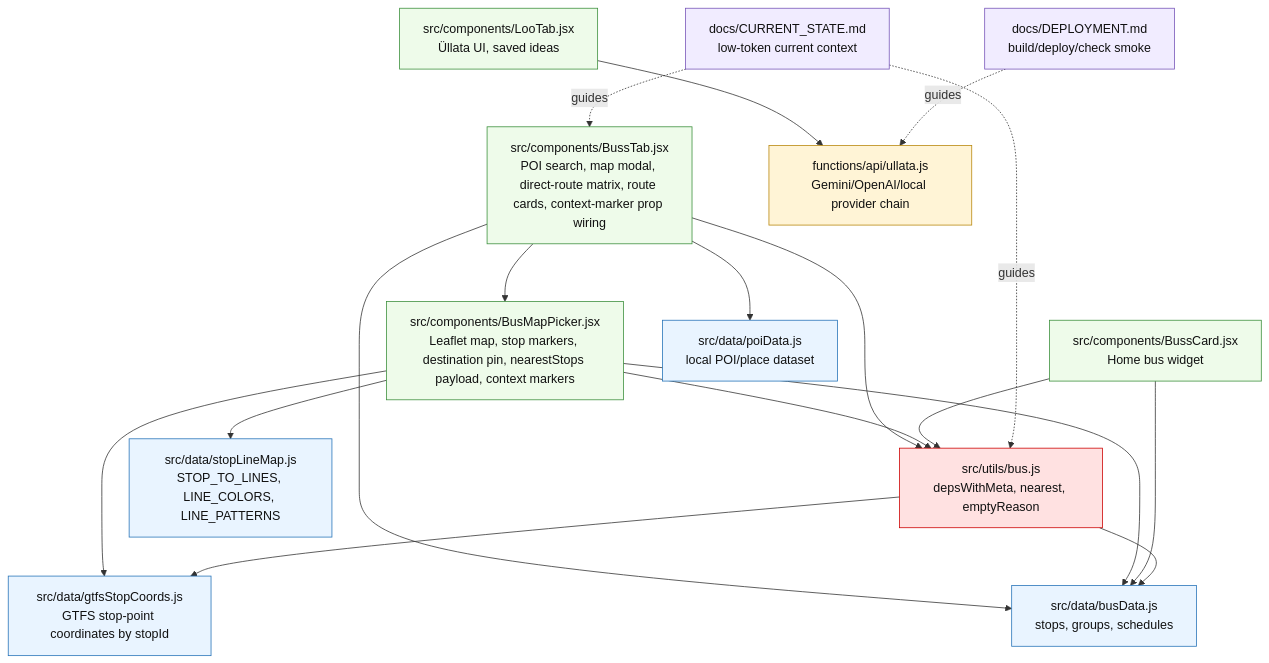
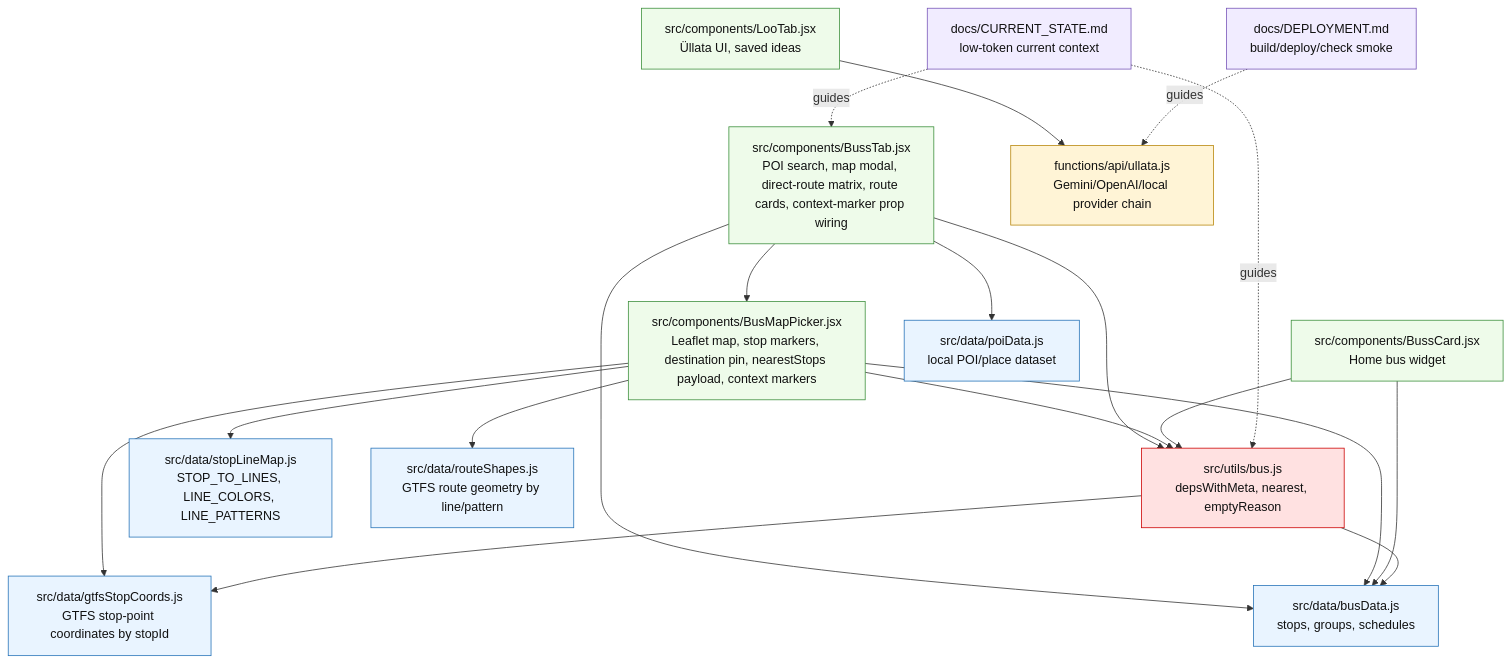
Before and after one commit to Fuuduuu/AnniVibez: the first of 2 diagrams in docs/CODEBASE_IMPACT_MAP.md, drawn with Mermaid. The commit also changed other lines of this file and 6 other files, not shown here.

Commit message:
docs: refresh map state and future bus extraction plan

````diff
--- a/docs/CODEBASE_IMPACT_MAP.md
+++ b/docs/CODEBASE_IMPACT_MAP.md
@@ -49,51 +53,54 @@
 ```mermaid
 flowchart TD
     BussTab["src/components/BussTab.jsx<br/>POI search, map modal, direct-route matrix, route cards, context-marker prop wiring"]
     BusMapPicker["src/components/BusMapPicker.jsx<br/>Leaflet map, stop markers, destination pin, nearestStops payload, context markers"]
     BussCard["src/components/BussCard.jsx<br/>Home bus widget"]
     BusUtils["src/utils/bus.js<br/>depsWithMeta, nearest, emptyReason"]
     BusData["src/data/busData.js<br/>stops, groups, schedules"]
     GtfsCoords["src/data/gtfsStopCoords.js<br/>GTFS stop-point coordinates by stopId"]
     StopLineMap["src/data/stopLineMap.js<br/>STOP_TO_LINES, LINE_COLORS, LINE_PATTERNS"]
+    RouteShapes["src/data/routeShapes.js<br/>GTFS route geometry by line/pattern"]
     PoiData["src/data/poiData.js<br/>local POI/place dataset"]
     LooTab["src/components/LooTab.jsx<br/>Üllata UI, saved ideas"]
     Ullata["functions/api/ullata.js<br/>Gemini/OpenAI/local provider chain"]
     Deploy["docs/DEPLOYMENT.md<br/>build/deploy/check smoke"]
     State["docs/CURRENT_STATE.md<br/>low-token current context"]
 
     BussTab --> BusUtils
     BussTab --> BusMapPicker
     BussTab --> BusData
     BussTab --> PoiData
     BusMapPicker --> BusUtils
     BusMapPicker --> BusData
     BusMapPicker --> GtfsCoords
     BusMapPicker --> StopLineMap
+    BusMapPicker --> RouteShapes
     BusUtils --> GtfsCoords
     BussCard --> BusUtils
     BussCard --> BusData
     BusUtils --> BusData
     LooTab --> Ullata
     State -. guides .-> BussTab
     State -. guides .-> BusUtils
     Deploy -. guides .-> Ullata
 
     classDef highRisk fill:#ffe1e1,stroke:#cc0000,color:#111;
     classDef data fill:#e9f4ff,stroke:#2673b8,color:#111;
     classDef ui fill:#eefbea,stroke:#3b8f3b,color:#111;
     classDef api fill:#fff4d6,stroke:#b8860b,color:#111;
     classDef docs fill:#f1ecff,stroke:#7654b8,color:#111;
 
     class BusUtils highRisk;
     class BusData data;
     class GtfsCoords data;
     class StopLineMap data;
+    class RouteShapes data;
     class PoiData data;
     class BussTab ui;
     class BusMapPicker ui;
     class BussCard ui;
     class LooTab ui;
     class Ullata api;
     class Deploy docs;
     class State docs;
 ```
````
